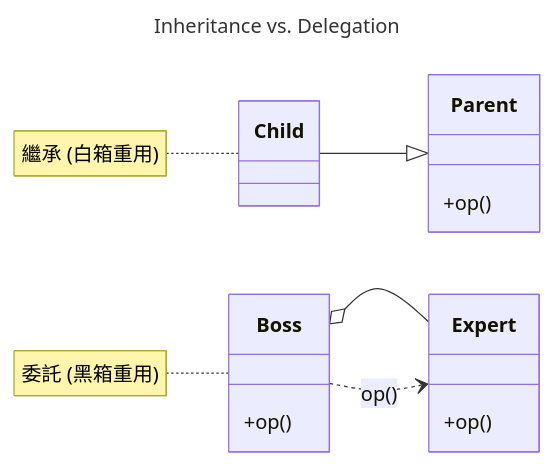
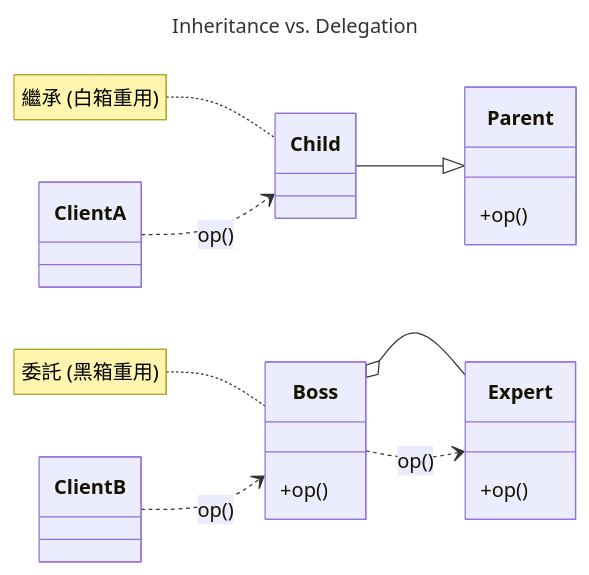
The first of 17 diagrams in Part3_Principle/ch08_oo.md (nlhsueh/teach_sw_fw), drawn with Mermaid before and after one commit. The commit also changed other lines of this file, not shown here.

Commit message:
style: replace colons with hyphens in Mermaid titles for better compatibility

````diff
--- a/Part3_Principle/ch08_oo.md
+++ b/Part3_Principle/ch08_oo.md
@@ -25,24 +25,30 @@
 ```mermaid
 ---
 title: Inheritance vs. Delegation
 ---
 classDiagram
     direction LR
     class Parent {
         +op()
     }
     class Child
     Child --|> Parent
 
+    class ClientA
+    ClientA ..> Child : op()
+
     class Expert {
         +op()
     }
     class Boss {
         +op()
     }
     Boss o-- Expert
     Boss ..> Expert : op()
 
+    class ClientB
+    ClientB ..> Boss : op()
+
     note for Child "繼承 (白箱重用)"
     note for Boss "委託 (黑箱重用)"
 ```
````
